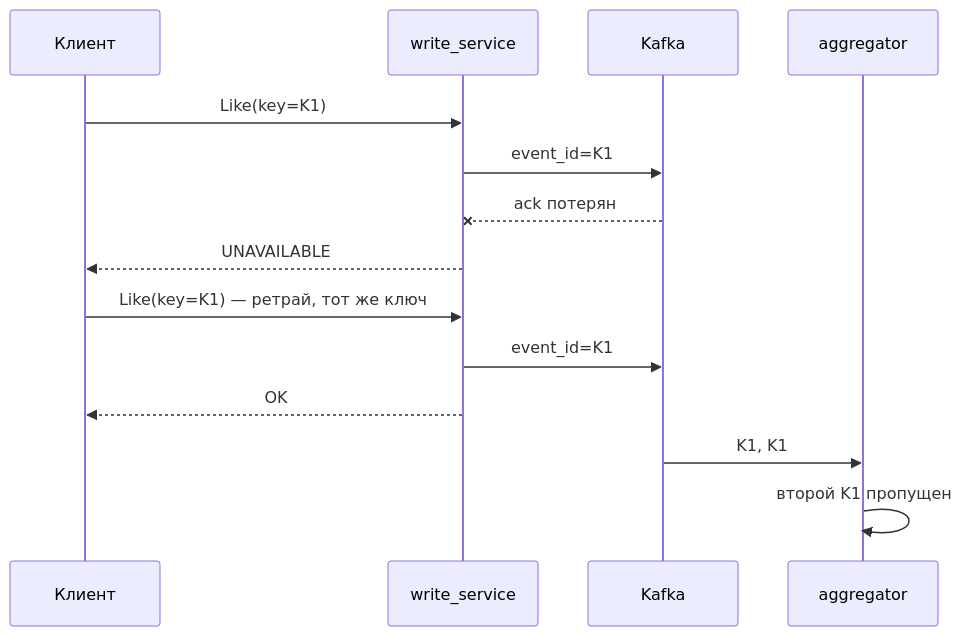
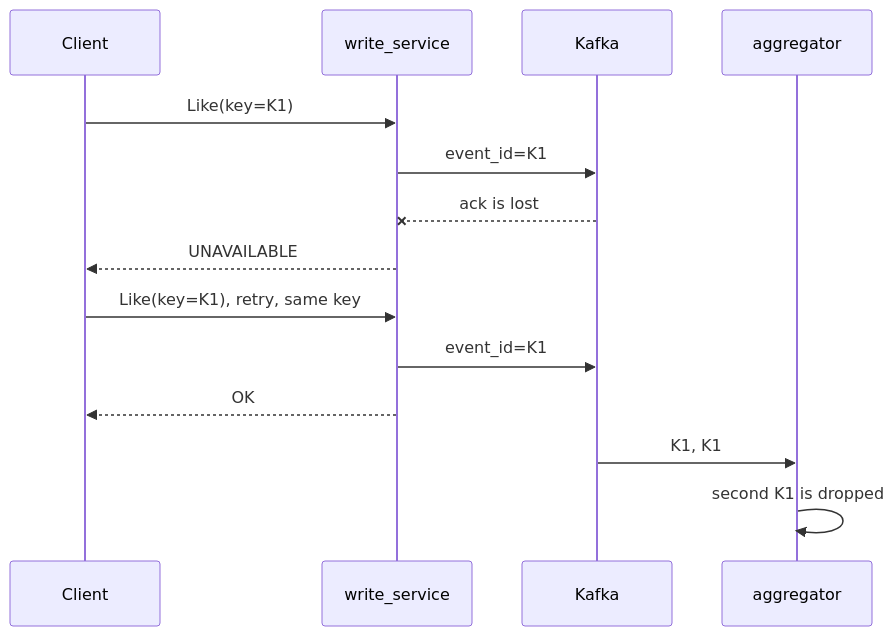
Before and after one commit to elitekbtu/highload-backend: the diagram in sis2/REPORT.md, drawn with Mermaid. The commit also changed other lines of this file and 61 other files, not shown here.

````diff
--- a/sis2/REPORT.md
+++ b/sis2/REPORT.md
@@ -29,16 +29,16 @@
 ```mermaid
 sequenceDiagram
-    participant C as Клиент
+    participant C as Client
     participant W as write_service
     participant K as Kafka
     participant A as aggregator
     C->>W: Like(key=K1)
     W->>K: event_id=K1
-    K--xW: ack потерян
+    K--xW: ack is lost
     W-->>C: UNAVAILABLE
-    C->>W: Like(key=K1) — ретрай, тот же ключ
+    C->>W: Like(key=K1), retry, same key
     W->>K: event_id=K1
     W-->>C: OK
     K->>A: K1, K1
-    A->>A: второй K1 пропущен
+    A->>A: second K1 is dropped
 ```
````
